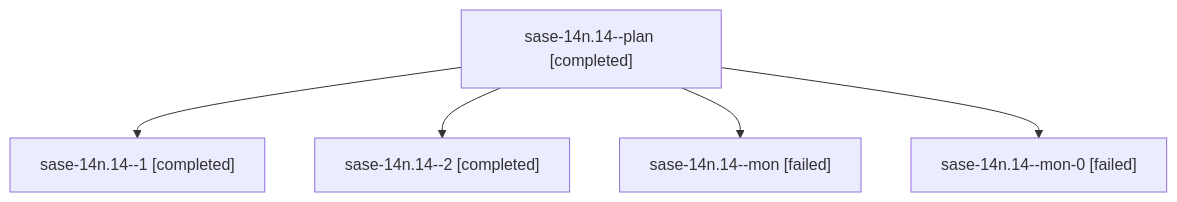
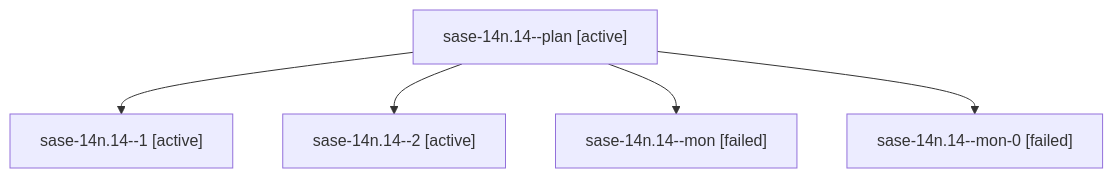
One commit to sase-org/sase--agents changed the diagram in families/bbugyi200.athena.sase-14n.14.md. Above: the diagram before and after it, drawn with Mermaid. The commit also changed other lines of this file and 35830 other files, not shown here.

````diff
--- a/families/bbugyi200.athena.sase-14n.14.md
+++ b/families/bbugyi200.athena.sase-14n.14.md
@@ -9,12 +9,12 @@
 ```mermaid
 flowchart TD
-  n0["sase-14n.14--plan [completed]"]
-  n1["sase-14n.14--1 [completed]"]
+  n0["sase-14n.14--plan [active]"]
+  n1["sase-14n.14--1 [active]"]
   n0 --> n1
-  n2["sase-14n.14--2 [completed]"]
+  n2["sase-14n.14--2 [active]"]
   n0 --> n2
   n3["sase-14n.14--mon [failed]"]
   n0 --> n3
   n4["sase-14n.14--mon-0 [failed]"]
   n0 --> n4
 ```
````
